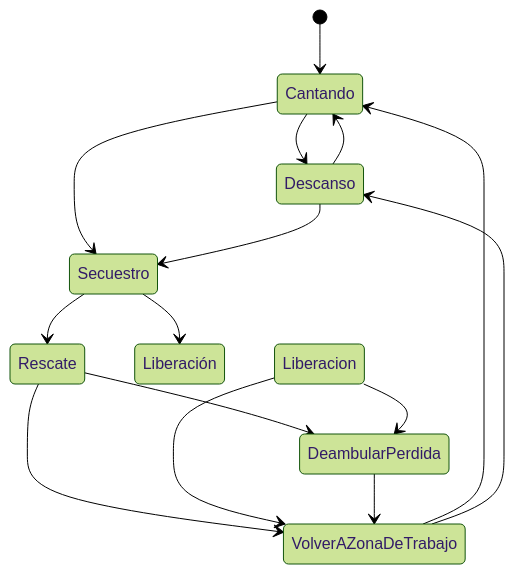
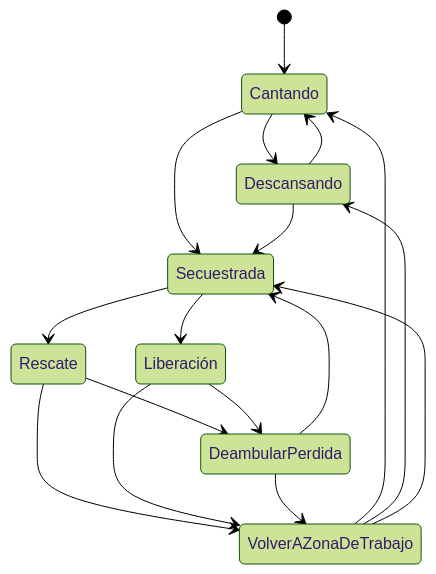
Before and after one commit to IAV23-G04/IAV23-G04-P3: the third of 4 diagrams in README.md, drawn with Mermaid (forest theme).

Commit message:
Actualizada informacion maquina estados cantante II

````diff
--- a/README.md
+++ b/README.md
@@ -287,17 +287,19 @@
 ```mermaid
 stateDiagram
     [*] --> Cantando
-    Cantando --> Descanso
-    Descanso --> Cantando
-    Cantando --> Secuestro
-    Descanso --> Secuestro
-    Secuestro --> Rescate
-    Secuestro --> Liberación
+    Cantando --> Descansando
+    Descansando --> Cantando
+    Cantando --> Secuestrada
+    Descansando --> Secuestrada
+    Secuestrada --> Rescate
+    Secuestrada --> Liberación
     Rescate --> DeambularPerdida
-    Liberacion --> DeambularPerdida
+    Liberación --> DeambularPerdida
     Rescate --> VolverAZonaDeTrabajo
-    Liberacion -->VolverAZonaDeTrabajo
+    Liberación -->VolverAZonaDeTrabajo
     DeambularPerdida --> VolverAZonaDeTrabajo
     VolverAZonaDeTrabajo --> Cantando
-    VolverAZonaDeTrabajo --> Descanso
+    VolverAZonaDeTrabajo --> Descansando
+    DeambularPerdida --> Secuestrada
+    VolverAZonaDeTrabajo --> Secuestrada
 ```
````
